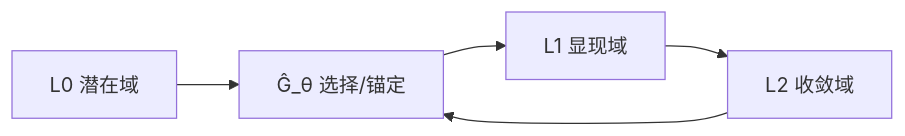
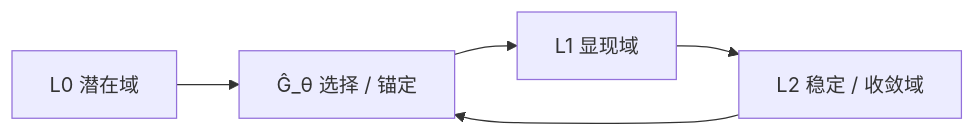
Before and after one commit to zyx1st-png/SRT-Pub: the diagram in README.md, drawn with Mermaid. The commit also changed other lines of this file, not shown here.

````diff
--- a/README.md
+++ b/README.md
@@ -13,7 +24,7 @@
 ```mermaid
 flowchart LR
-  L0["L0 潜在域"] --> G["Ĝ_θ 选择/锚定"]
+  L0["L0 潜在域"] --> G["Ĝ_θ 选择 / 锚定"]
   G --> L1["L1 显现域"]
-  L1 --> L2["L2 收敛域"]
+  L1 --> L2["L2 稳定 / 收敛域"]
   L2 --> G
 ```
````
